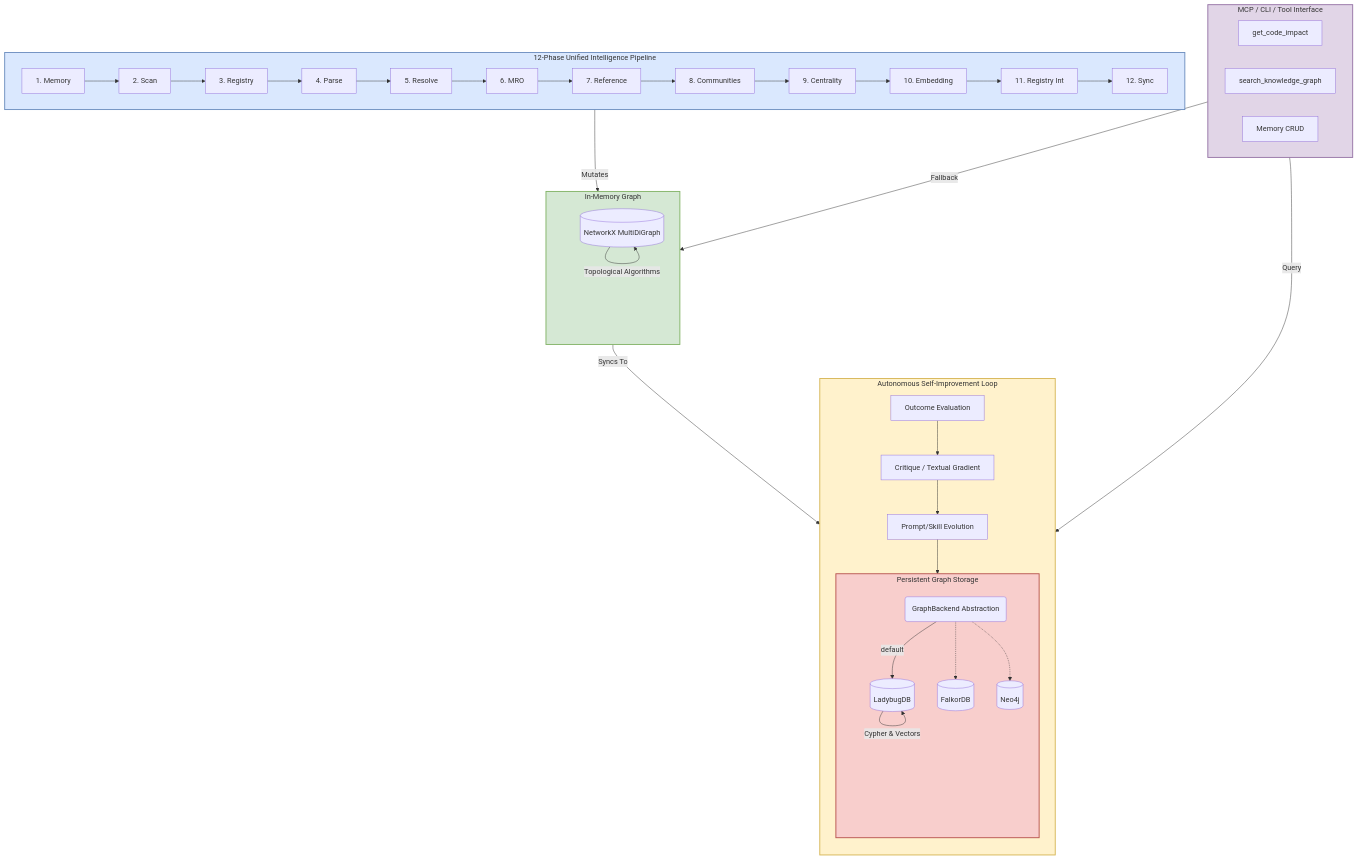
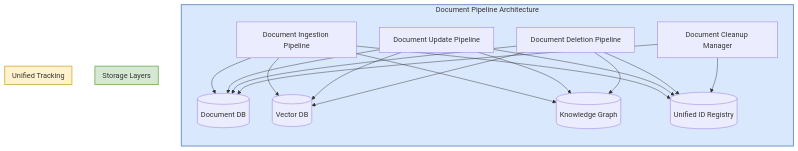
One commit to Knuckles-Team/agent-utilities changed the third of 6 diagrams in AGENTS.md. Above: the diagram before and after it, drawn with Mermaid. The commit also changed other lines of this file and 189 other files, not shown here.

````diff
--- a/AGENTS.md
+++ b/AGENTS.md
@@ -244,61 +725,42 @@
 ```mermaid
 graph TD
-    subgraph Ingestion_Pipeline [12-Phase Unified Intelligence Pipeline]
-        direction LR
-        Memory[1. Memory] --> Scan[2. Scan]
-        Scan --> Registry[3. Registry]
-        Registry --> Parse[4. Parse]
-        Parse --> Resolve[5. Resolve]
-        Resolve --> MRO[6. MRO]
-        MRO --> Ref[7. Reference]
-        Ref --> Comm[8. Communities]
-        Comm --> Cent[9. Centrality]
-        Cent --> Emb[10. Embedding]
-        Emb --> RegInt[11. Registry Int]
-        RegInt --> Sync[12. Sync]
+    subgraph Document_Pipeline [Document Pipeline Architecture]
+        direction TB
+        Ingest[Document Ingestion Pipeline]
+        Update[Document Update Pipeline]
+        Delete[Document Deletion Pipeline]
+        Cleanup[Document Cleanup Manager]
+
+        Ingest --> DocDB[(Document DB)]
+        Ingest --> VecDB[(Vector DB)]
+        Ingest --> KG[(Knowledge Graph)]
+        Ingest --> IDReg[(Unified ID Registry)]
+
+        Update --> DocDB
+        Update --> VecDB
+        Update --> KG
+        Update --> IDReg
+
+        Delete --> DocDB
+        Delete --> VecDB
+        Delete --> KG
+        Delete --> IDReg
+
+        Cleanup --> DocDB
+        Cleanup --> IDReg
     end
 
-    subgraph Memory_Layer [In-Memory Graph]
-        direction TB
-        NX[(NetworkX MultiDiGraph)]
-        NX -- "Topological Algorithms" --> NX
+    subgraph Storage_Layers [Storage Layers]
+        DocDB
+        VecDB
+        KG
     end
 
-    subgraph Persistence_Layer [Persistent Graph Storage]
-        direction TB
-        Backend(GraphBackend Abstraction)
-        LDB[(LadybugDB)]
-        FDB[(FalkorDB)]
-        N4J[(Neo4j)]
-
-        Backend -- default --> LDB
-        Backend -.-> FDB
-        Backend -.-> N4J
-        LDB -- "Cypher & Vectors" --> LDB
+    subgraph Tracking [Unified Tracking]
+        IDReg
     end
 
-    subgraph Query_Layer [MCP / CLI / Tool Interface]
-        direction LR
-        Q_Impact[get_code_impact]
-        Q_Query[search_knowledge_graph]
-        Q_CRUD[Memory CRUD]
-    end
-
-    Ingestion_Pipeline -- "Mutates" --> Memory_Layer
-    Memory_Layer -- "Syncs To" --> Persistence_Layer
-    Query_Layer -- "Query" --> Persistence_Layer
-    Query_Layer -- "Fallback" --> Memory_Layer
-
-    subgraph Autonomous_Loop [Autonomous Self-Improvement Loop]
-        direction TB
-        Outcome[Outcome Evaluation] --> Critique[Critique / Textual Gradient]
-        Critique --> PromptEvolution[Prompt/Skill Evolution]
-        PromptEvolution --> Persistence_Layer
-    end
-
-    style Ingestion_Pipeline fill:#dae8fe,stroke:#6c8ebf,stroke-width:2px
-    style Memory_Layer fill:#d5e8d4,stroke:#82b366,stroke-width:2px
-    style Persistence_Layer fill:#f8cecc,stroke:#b85450,stroke-width:2px
-    style Query_Layer fill:#e1d5e7,stroke:#9673a6,stroke-width:2px
-    style Autonomous_Loop fill:#fff2cc,stroke:#d6b656,stroke-width:2px
+    style Document_Pipeline fill:#dae8fe,stroke:#6c8ebf,stroke-width:2px
+    style Storage_Layers fill:#d5e8d4,stroke:#82b366,stroke-width:2px
+    style Tracking fill:#fff2cc,stroke:#d6b656,stroke-width:2px
 ```
````
